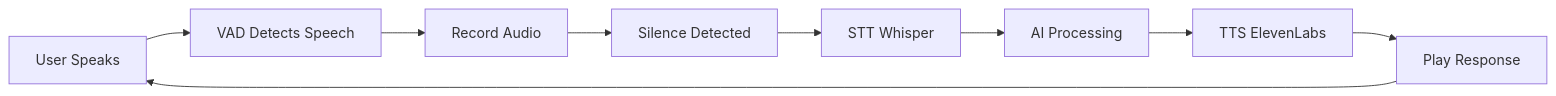
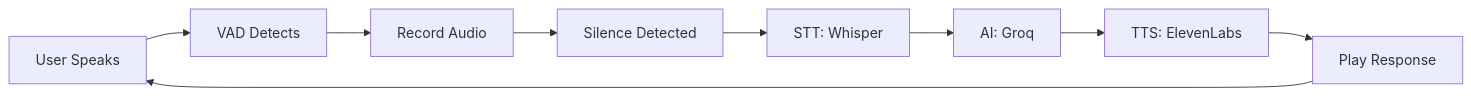
The first of 3 diagrams in README.md (ZiyadALharbi/Absher-Hackathon), drawn with Mermaid before and after one commit. The commit also changed other lines of this file and 2 other files, not shown here.

Commit message:
Add comprehensive README with diagrams and .env.example files

````diff
--- a/README.md
+++ b/README.md
@@ -245,11 +282,11 @@
 ```mermaid
 graph LR
-    A[User Speaks] --> B[VAD Detects Speech]
+    A[User Speaks] --> B[VAD Detects]
     B --> C[Record Audio]
     C --> D[Silence Detected]
-    D --> E[STT Whisper]
-    E --> F[AI Processing]
-    F --> G[TTS ElevenLabs]
+    D --> E[STT: Whisper]
+    E --> F[AI: Groq]
+    F --> G[TTS: ElevenLabs]
     G --> H[Play Response]
     H --> A
 ```
````
